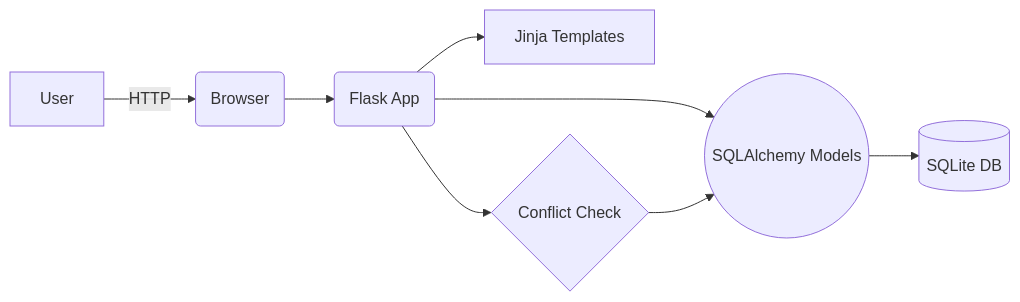
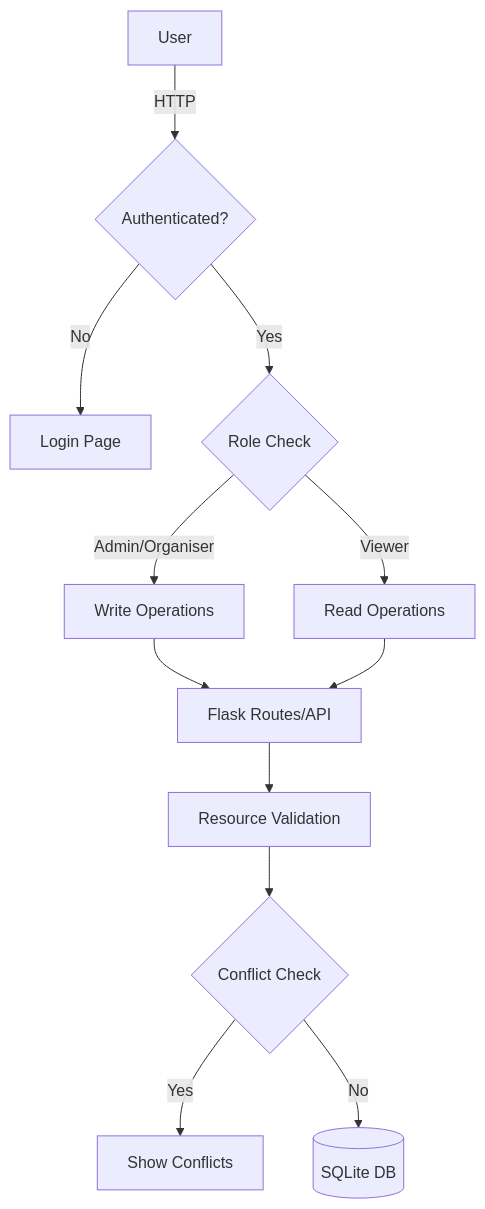
The diagram in README.md (Jaisrinivasan23/Event-manager-AerelaTech), drawn with Mermaid before and after one commit. The commit also changed other lines of this file and 13 other files, not shown here.

````diff
--- a/README.md
+++ b/README.md
@@ -33,10 +94,14 @@
 ```mermaid
-flowchart LR
-  U[User] -->|HTTP| B(Browser)
-  B --> F(Flask App)
-  F --> M((SQLAlchemy Models))
-  M --> DB[(SQLite DB)]
-  F --> T[Jinja Templates]
-  F --> C{Conflict Check}
-  C --> M
+flowchart TB
+    U[User] -->|HTTP| Auth{Authenticated?}
+    Auth -->|No| Login[Login Page]
+    Auth -->|Yes| Role{Role Check}
+    Role -->|Admin/Organiser| Write[Write Operations]
+    Role -->|Viewer| Read[Read Operations]
+    Write --> API[Flask Routes/API]
+    Read --> API
+    API --> Validation[Resource Validation]
+    Validation --> Conflict{Conflict Check}
+    Conflict -->|Yes| Error[Show Conflicts]
+    Conflict -->|No| DB[(SQLite DB)]
 ```
````
